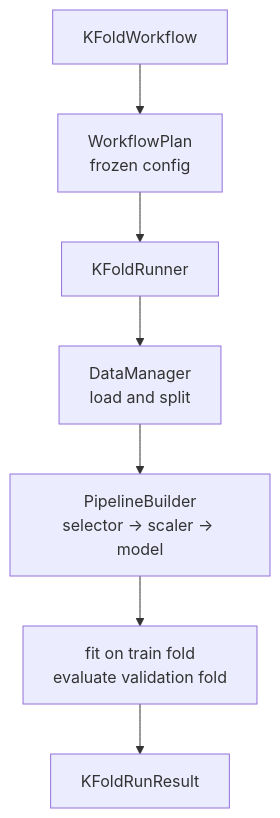
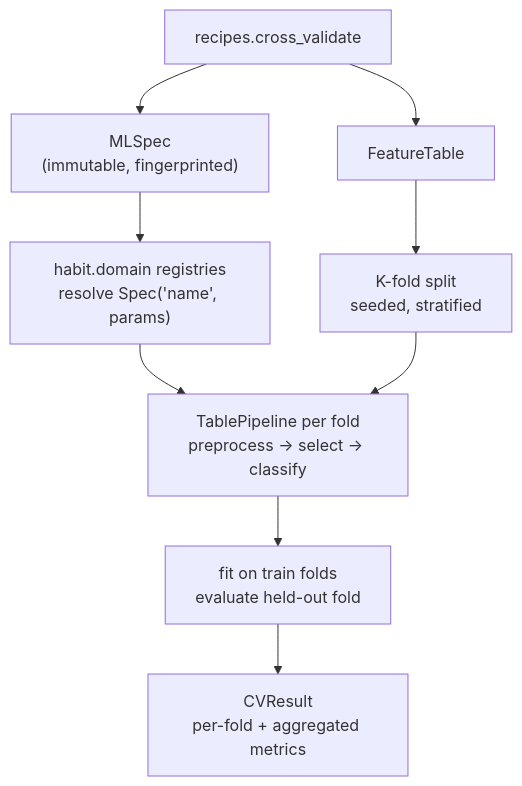
The second of 2 diagrams in docs/source/development/request_lifecycle.rst (lichao312214129/HABIT), drawn with Mermaid before and after one commit. The commit also changed other lines of this file and 13 other files, not shown here.

```diff
--- a/docs/source/development/request_lifecycle.rst
+++ b/docs/source/development/request_lifecycle.rst
@@ -90,9 +89,11 @@
 .. mermaid::
 
    flowchart TD
-     WF["KFoldWorkflow"] --> PLAN["WorkflowPlan<br/>frozen config"]
-     PLAN --> RUN["KFoldRunner"]
-     RUN --> DM["DataManager<br/>load and split"]
-     DM --> PB["PipelineBuilder<br/>selector -> scaler -> model"]
-     PB --> FIT["fit on train fold<br/>evaluate validation fold"]
-     FIT --> RES["KFoldRunResult"]
+     CV["recipes.cross_validate"] --> SPEC["MLSpec<br/>(immutable, fingerprinted)"]
+     CV --> TBL["FeatureTable"]
+     SPEC --> REG["habit.domain registries<br/>resolve Spec('name', params)"]
+     TBL --> FOLD["K-fold split<br/>seeded, stratified"]
+     REG --> PIPE["TablePipeline per fold<br/>preprocess -> select -> classify"]
+     FOLD --> PIPE
+     PIPE --> FIT["fit on train folds<br/>evaluate held-out fold"]
+     FIT --> RES["CVResult<br/>per-fold + aggregated metrics"]
```
